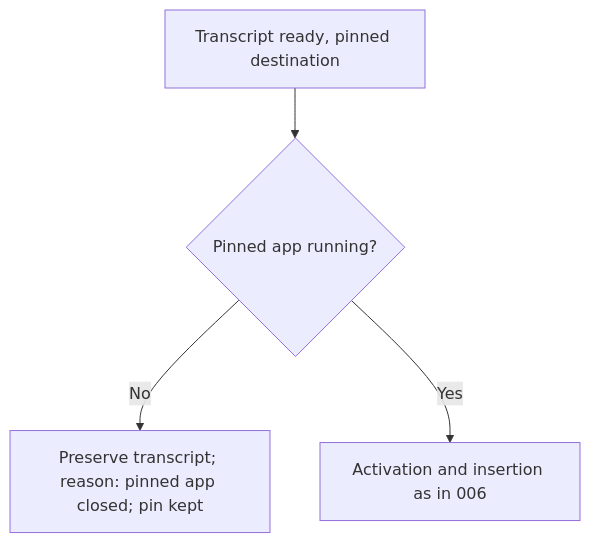
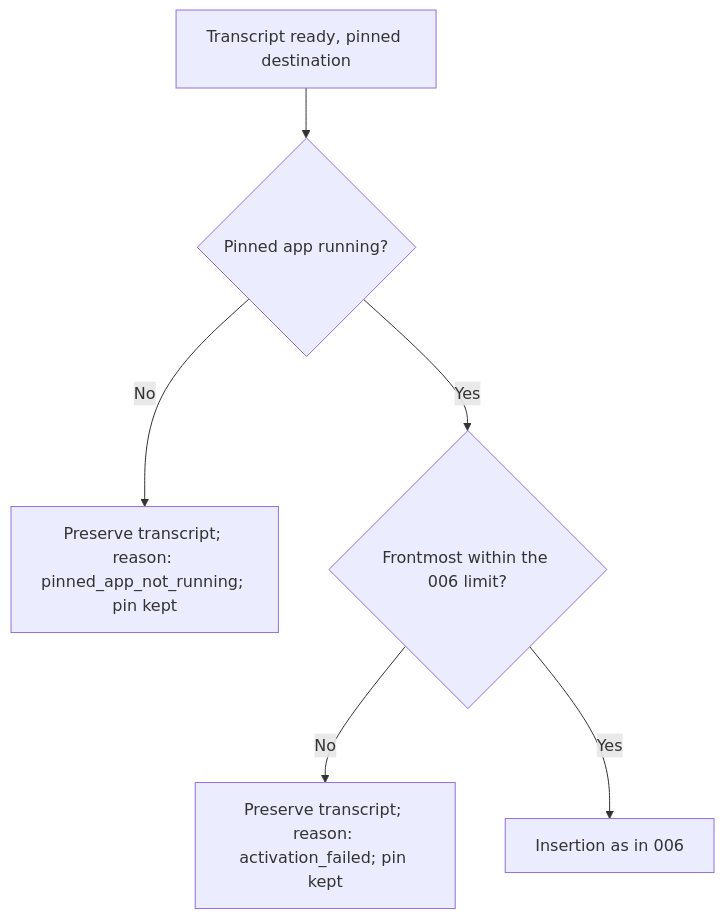
Before and after one commit to julien-m/handy: the second of 5 diagrams in .specs/features/009-pin-mode-and-enter-rule/spec.md, drawn with Mermaid. The commit also changed other lines of this file and 5 other files, not shown here.

First line of the commit message:
docs: split the pinned-app reasons and keep the pause before Enter (009)

````diff
--- a/.specs/features/009-pin-mode-and-enter-rule/spec.md
+++ b/.specs/features/009-pin-mode-and-enter-rule/spec.md
@@ -84,6 +90,8 @@
 ```mermaid
 flowchart TD
   A[Transcript ready, pinned destination] --> B{Pinned app running?}
-  B -- No --> C[Preserve transcript; reason: pinned app closed; pin kept]
-  B -- Yes --> D[Activation and insertion as in 006]
+  B -- No --> C[Preserve transcript; reason: pinned_app_not_running; pin kept]
+  B -- Yes --> D{Frontmost within the 006 limit?}
+  D -- No --> E[Preserve transcript; reason: activation_failed; pin kept]
+  D -- Yes --> F[Insertion as in 006]
 ```
````
